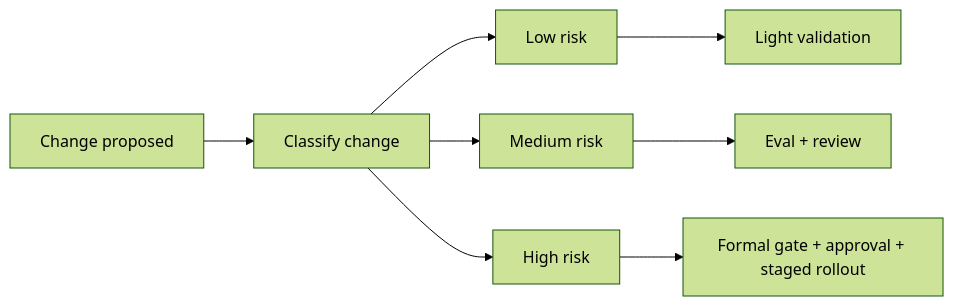
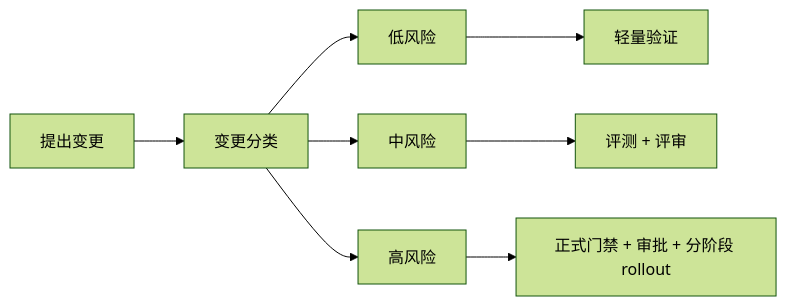
The diagram in docs/book/part-viii/chapter-20.zh.md (agent-axiom/agent-arch), drawn with Mermaid (forest theme) before and after one commit. The commit also changed other lines of this file, not shown here.

````diff
--- a/docs/book/part-viii/chapter-20.zh.md
+++ b/docs/book/part-viii/chapter-20.zh.md
@@ -75,10 +75,10 @@
 ``` mermaid
 flowchart LR
-    A["Change proposed"] --> B["Classify change"]
-    B --> C["Low risk"]
-    B --> D["Medium risk"]
-    B --> E["High risk"]
-    C --> F["Light validation"]
-    D --> G["Eval + review"]
-    E --> H["Formal gate + approval + staged rollout"]
+    A["提出变更"] --> B["变更分类"]
+    B --> C["低风险"]
+    B --> D["中风险"]
+    B --> E["高风险"]
+    C --> F["轻量验证"]
+    D --> G["评测 + 评审"]
+    E --> H["正式门禁 + 审批 + 分阶段 rollout"]
 ```
````
